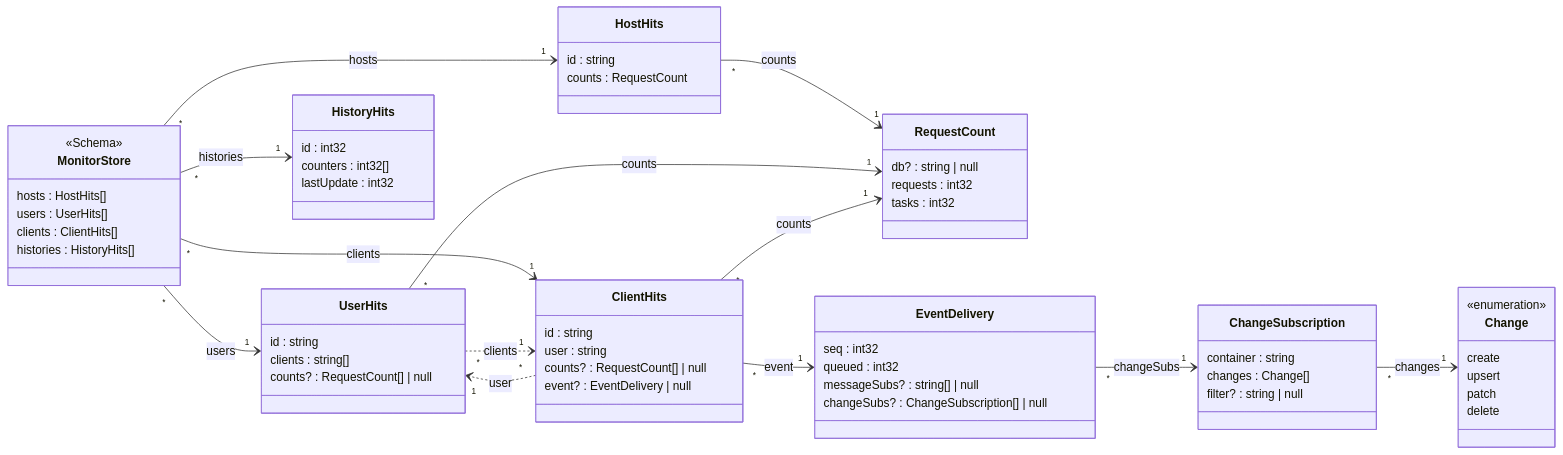
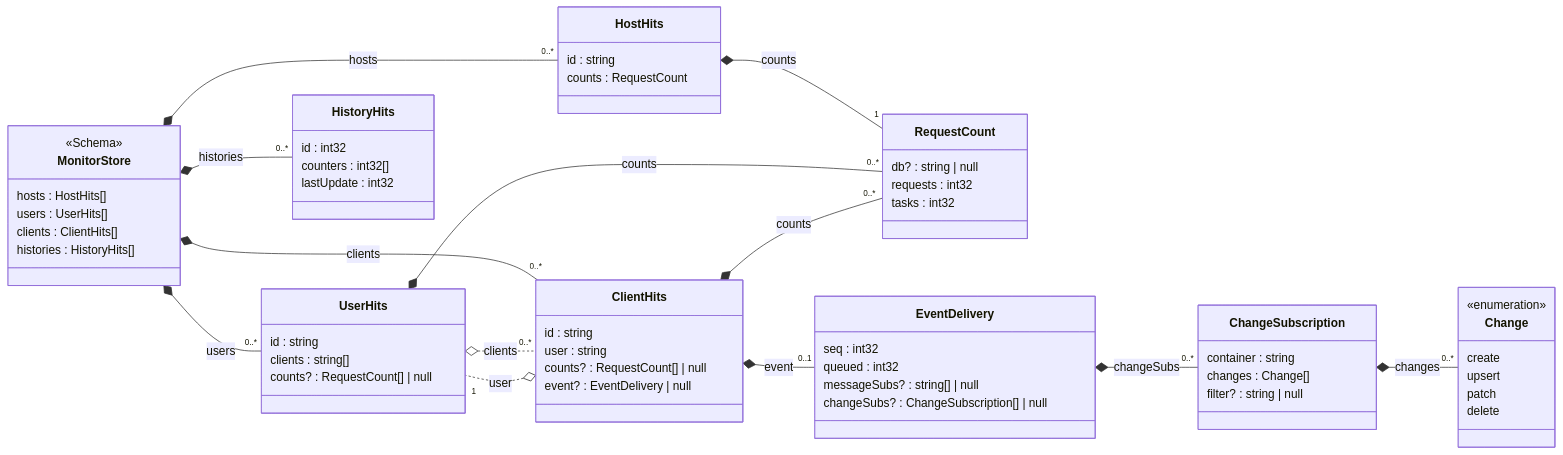
Before and after one commit to friflo/Friflo.Json.Fliox: the diagram in Json.Tests/assets~/Schema/Markdown/MonitorStore/class-diagram.md, drawn with Mermaid. The commit also changed 9 other files, not shown here.

Commit message:
Schema/Language/Mermaid - set Relationship: Aggregation / Composition; set Cardinality

````diff
--- a/Json.Tests/assets~/Schema/Markdown/MonitorStore/class-diagram.md
+++ b/Json.Tests/assets~/Schema/Markdown/MonitorStore/class-diagram.md
@@ -1,79 +1,79 @@
 ```mermaid
 classDiagram
 direction LR
 
 class MonitorStore:::cssSchema {
     <<Schema>>
     <<abstract>>
     hosts      : HostHits[]
     users      : UserHits[]
     clients    : ClientHits[]
     histories  : HistoryHits[]
 }
-MonitorStore "*" --> "1" HostHits : hosts
-MonitorStore "*" --> "1" UserHits : users
-MonitorStore "*" --> "1" ClientHits : clients
-MonitorStore "*" --> "1" HistoryHits : histories
+MonitorStore *-- "0..*" HostHits : hosts
+MonitorStore *-- "0..*" UserHits : users
+MonitorStore *-- "0..*" ClientHits : clients
+MonitorStore *-- "0..*" HistoryHits : histories
 
 class HostHits:::cssEntity {
     id      : string
     counts  : RequestCount
 }
-HostHits "*" --> "1" RequestCount : counts
+HostHits *-- "1" RequestCount : counts
 
 class UserHits:::cssEntity {
     id       : string
     clients  : string[]
     counts?  : RequestCount[] | null
 }
-UserHits "*" ..> "1" ClientHits : clients
-UserHits "*" --> "1" RequestCount : counts
+UserHits o.. "0..*" ClientHits : clients
+UserHits *-- "0..*" RequestCount : counts
 
 class ClientHits:::cssEntity {
     id      : string
     user    : string
     counts? : RequestCount[] | null
     event?  : EventDelivery | null
 }
-ClientHits "*" ..> "1" UserHits : user
-ClientHits "*" --> "1" RequestCount : counts
-ClientHits "*" --> "1" EventDelivery : event
+ClientHits o.. "1" UserHits : user
+ClientHits *-- "0..*" RequestCount : counts
+ClientHits *-- "0..1" EventDelivery : event
 
 class HistoryHits:::cssEntity {
     id          : int32
     counters    : int32[]
     lastUpdate  : int32
 }
 
 class RequestCount {
     db?       : string | null
     requests  : int32
     tasks     : int32
 }
 
 class EventDelivery {
     seq          : int32
     queued       : int32
     messageSubs? : string[] | null
     changeSubs?  : ChangeSubscription[] | null
 }
-EventDelivery "*" --> "1" ChangeSubscription : changeSubs
+EventDelivery *-- "0..*" ChangeSubscription : changeSubs
 
 class ChangeSubscription {
     container  : string
     changes    : Change[]
     filter?    : string | null
 }
-ChangeSubscription "*" --> "1" Change : changes
+ChangeSubscription *-- "0..*" Change : changes
 
 class Change:::cssEnum {
     <<enumeration>>
     create
     upsert
     patch
     delete
 }
 
 
 
 ```
````
